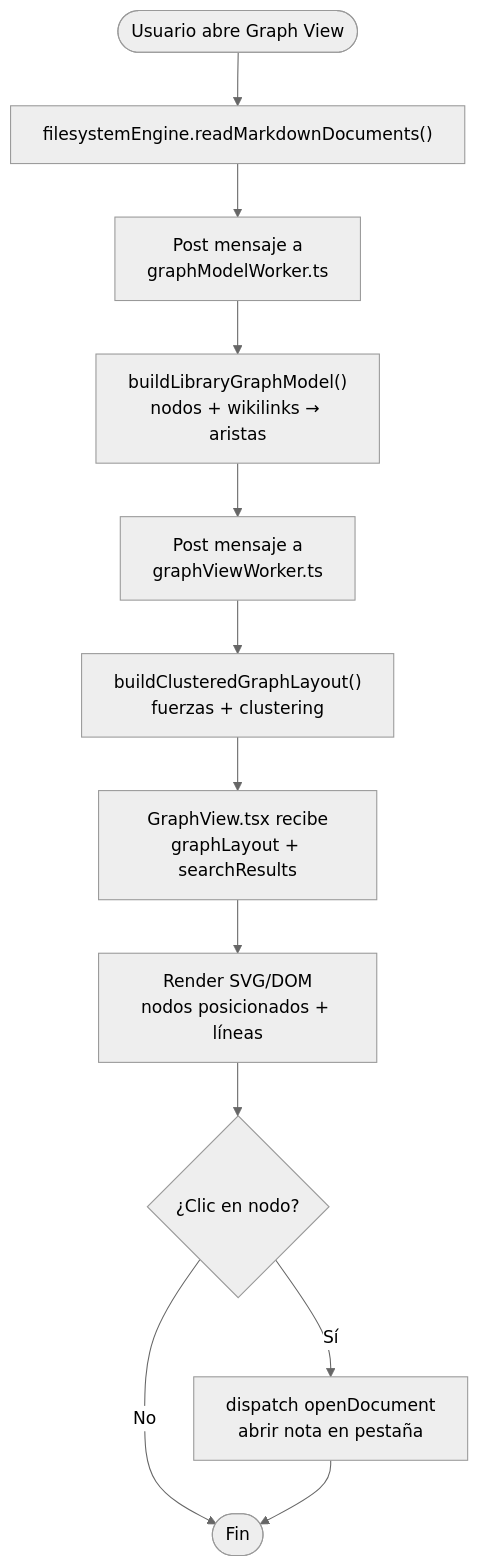
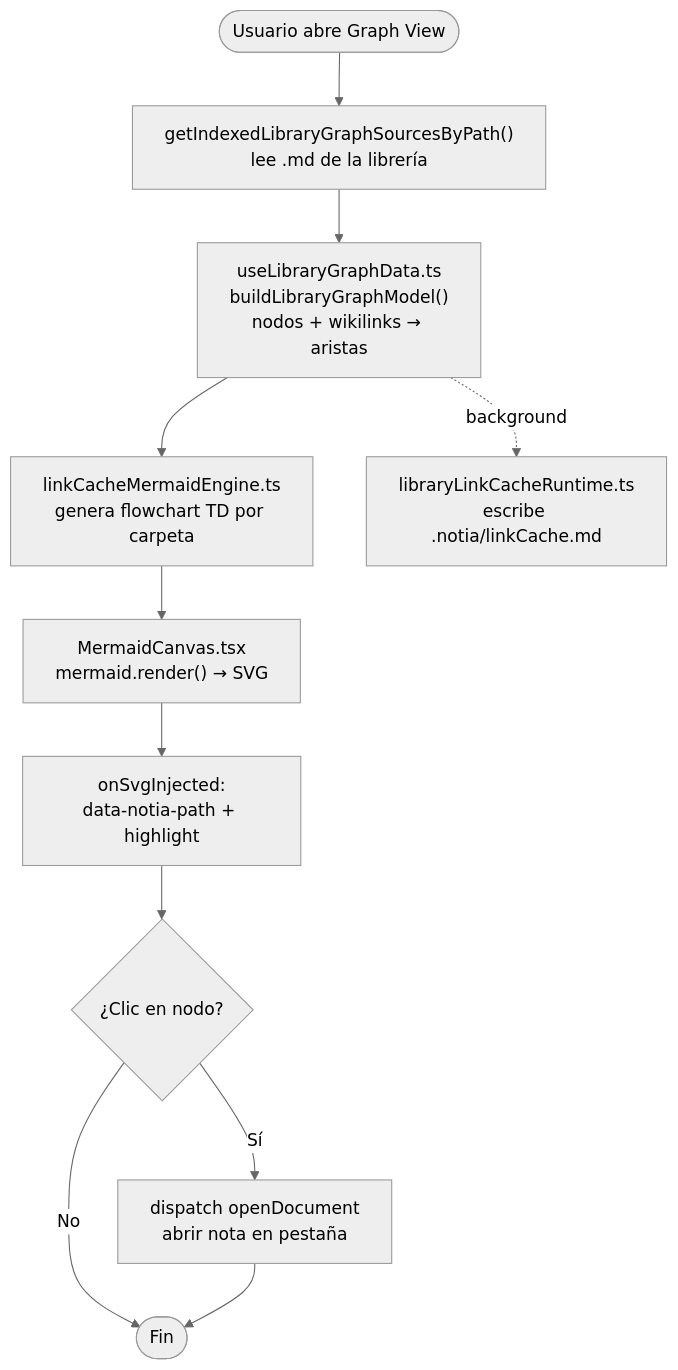
Diagram 23 of 42 in README-TECH.md (GabrielMiuzzi/notia), drawn with Mermaid (neutral theme) before and after one commit. The commit also changed other lines of this file and 23 other files, not shown here.

First line of the commit message:
feat(graph,mermaid): Graph View via Mermaid, linkCache auto-rebuild, lazy inline renders

````diff
--- a/README-TECH.md
+++ b/README-TECH.md
@@ -1935,14 +1951,13 @@
 ```mermaid
 flowchart TD
-    Start([Usuario abre Graph View]) --> ReadMD["filesystemEngine.readMarkdownDocuments()"]
-    ReadMD --> PostModel["Post mensaje a<br/>graphModelWorker.ts"]
-    PostModel --> BuildModel["buildLibraryGraphModel()<br/>nodos + wikilinks → aristas"]
-    BuildModel --> PostLayout["Post mensaje a<br/>graphViewWorker.ts"]
-    PostLayout --> BuildLayout["buildClusteredGraphLayout()<br/>fuerzas + clustering"]
-    BuildLayout --> Receive["GraphView.tsx recibe<br/>graphLayout + searchResults"]
-    Receive --> Render["Render SVG/DOM<br/>nodos posicionados + líneas"]
-    Render --> UserClick{"¿Clic en nodo?"}
+    Start([Usuario abre Graph View]) --> ReadMD["getIndexedLibraryGraphSourcesByPath()<br/>lee .md de la librería"]
+    ReadMD --> BuildModel["useLibraryGraphData.ts<br/>buildLibraryGraphModel()<br/>nodos + wikilinks → aristas"]
+    BuildModel --> GenerateMermaid["linkCacheMermaidEngine.ts<br/>genera flowchart TD por carpeta"]
+    GenerateMermaid --> Render["MermaidCanvas.tsx<br/>mermaid.render() → SVG"]
+    Render --> PostInject["onSvgInjected:<br/>data-notia-path + highlight"]
+    PostInject --> UserClick{"¿Clic en nodo?"}
     UserClick -->|Sí| OpenDoc["dispatch openDocument<br/>abrir nota en pestaña"]
     UserClick -->|No| End([Fin])
     OpenDoc --> End
+    BuildModel -.->|background| WriteCache["libraryLinkCacheRuntime.ts<br/>escribe .notia/linkCache.md"]
 ```
````
